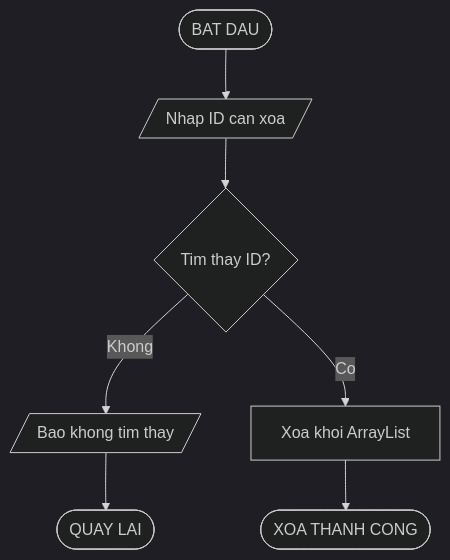
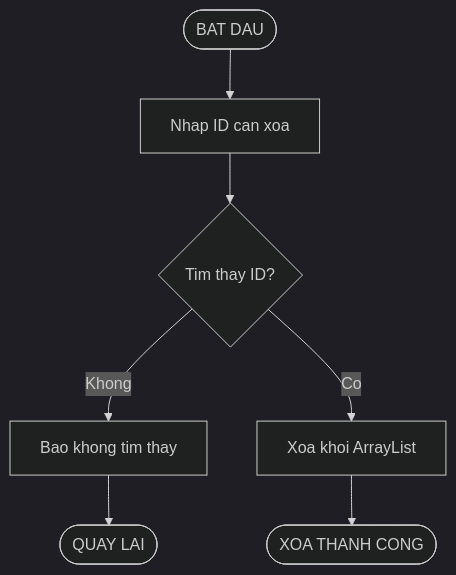
The sixth of 20 diagrams in docs/Flowcharts/Flowcharts.md (phucphuc2006/pro-192), drawn with Mermaid (dark theme) before and after one commit. The commit also changed other lines of this file, not shown here.

Commit message:
Fix Mermaid: remove parallelogram syntax for GitHub

````diff
--- a/docs/Flowcharts/Flowcharts.md
+++ b/docs/Flowcharts/Flowcharts.md
@@ -110,9 +109,9 @@
 ```mermaid
 flowchart TD
-    A([BAT DAU]) --> B[/Nhap ID can xoa/]
+    A([BAT DAU]) --> B[Nhap ID can xoa]
     B --> C{Tim thay ID?}
-    C -->|Khong| D[/Bao khong tim thay/]
+    C -->|Khong| D[Bao khong tim thay]
     D --> E([QUAY LAI])
     C -->|Co| F[Xoa khoi ArrayList]
     F --> G([XOA THANH CONG])
 ```
````
